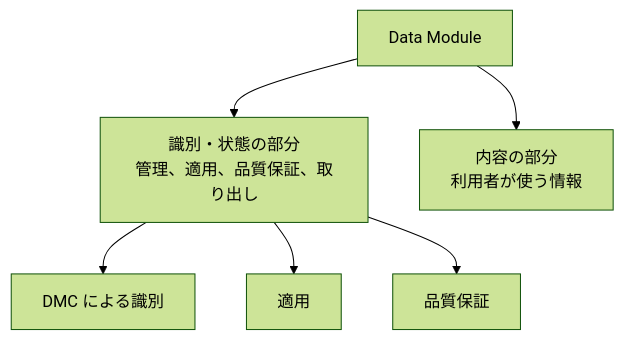
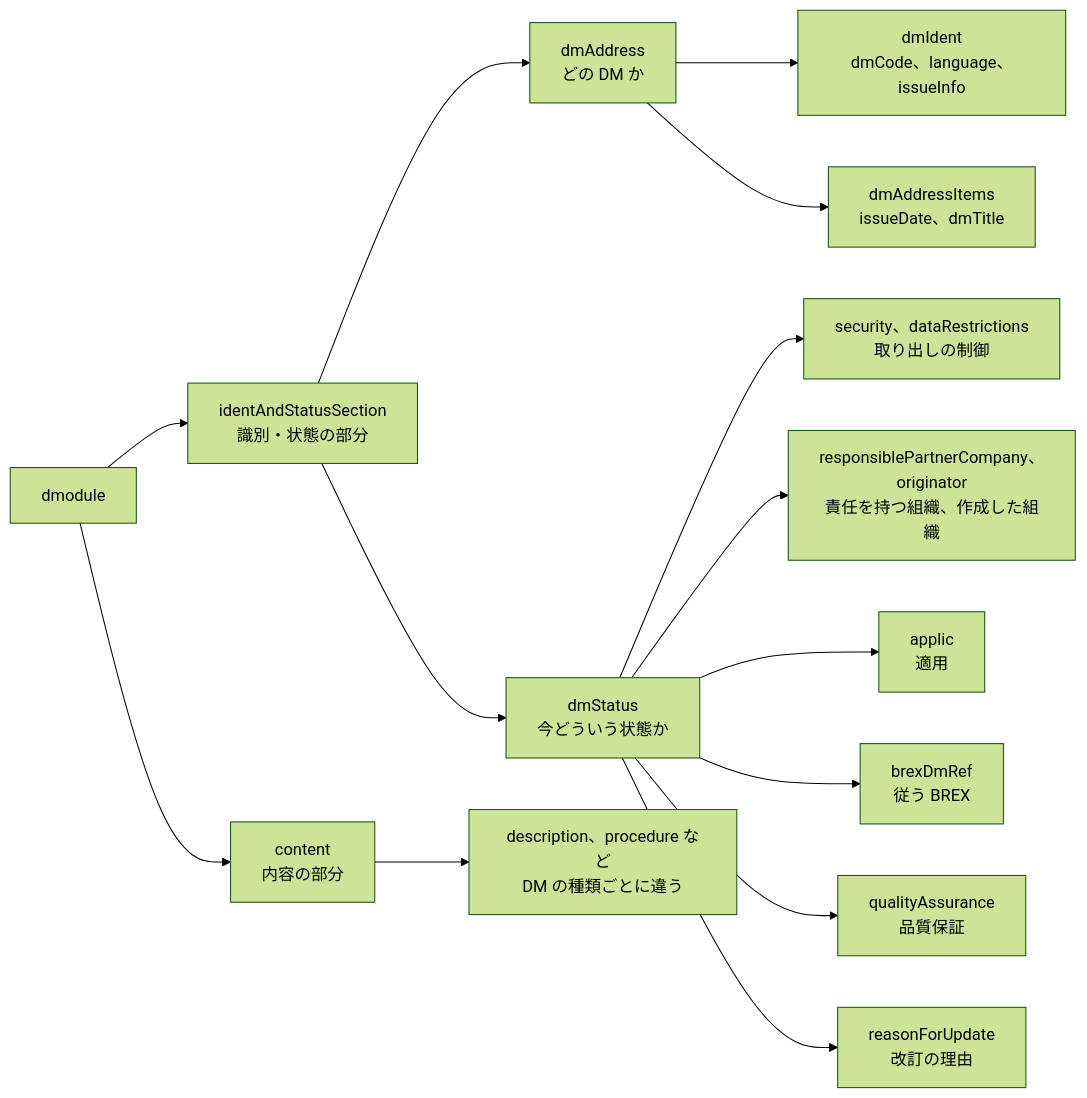
Before and after one commit to shuji-bonji/zenn-articles: the first of 3 diagrams in books/s1000d-intro/data-module-structure.md, drawn with Mermaid (forest theme). The commit also changed other lines of this file and 4 other files, not shown here.

Commit message:
fix: S1000D入門 `Data Module の基本構造`の改定

````diff
--- a/books/s1000d-intro/data-module-structure.md
+++ b/books/s1000d-intro/data-module-structure.md
@@ -9,9 +13,16 @@
 ```mermaid
-flowchart TB
-  DM["Data Module"]
-  DM --> ID["識別・状態の部分<br/>管理、適用、品質保証、取り出し"]
-  DM --> BODY["内容の部分<br/>利用者が使う情報"]
-  ID --> DMC["DMC による識別"]
-  ID --> APP["適用"]
-  ID --> QA["品質保証"]
+flowchart LR
+  DM["dmodule"] --> IS["identAndStatusSection<br/>識別・状態の部分"]
+  DM --> CT["content<br/>内容の部分"]
+  IS --> AD["dmAddress<br/>どの DM か"]
+  IS --> ST["dmStatus<br/>今どういう状態か"]
+  AD --> ID["dmIdent<br/>dmCode、language、issueInfo"]
+  AD --> AI["dmAddressItems<br/>issueDate、dmTitle"]
+  ST --> SEC["security、dataRestrictions<br/>取り出しの制御"]
+  ST --> ORG["responsiblePartnerCompany、originator<br/>責任を持つ組織、作成した組織"]
+  ST --> APP["applic<br/>適用"]
+  ST --> BR["brexDmRef<br/>従う BREX"]
+  ST --> QA["qualityAssurance<br/>品質保証"]
+  ST --> RFU["reasonForUpdate<br/>改訂の理由"]
+  CT --> BODY["description、procedure など<br/>DM の種類ごとに違う"]
 ```
````
